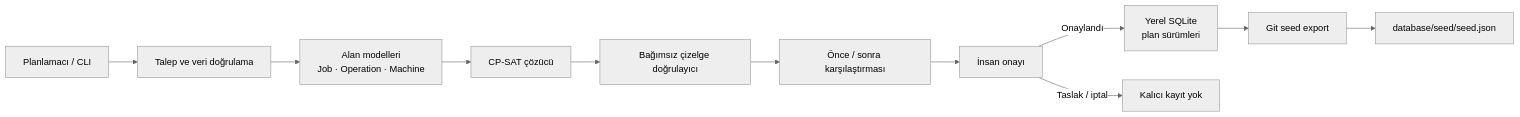
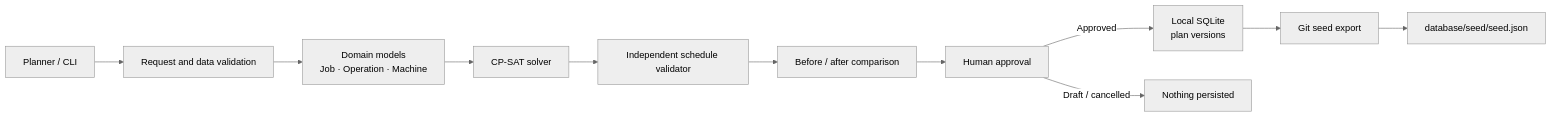
Before and after one commit to atakhanyilmaz/PickWise: the third of 5 diagrams in README.md, drawn with Mermaid (neutral theme). The commit also changed other lines of this file, not shown here.

````diff
--- a/README.md
+++ b/README.md
@@ -151,13 +162,13 @@
 ```mermaid
 flowchart LR
-    U["Planlamacı / CLI"] --> I["Talep ve veri doğrulama"]
-    I --> D["Alan modelleri<br/>Job · Operation · Machine"]
-    D --> S["CP-SAT çözücü"]
-    S --> V["Bağımsız çizelge doğrulayıcı"]
-    V --> C["Önce / sonra karşılaştırması"]
-    C --> A["İnsan onayı"]
-    A -->|"Onaylandı"| R["Yerel SQLite<br/>plan sürümleri"]
-    A -->|"Taslak / iptal"| X["Kalıcı kayıt yok"]
+    U["Planner / CLI"] --> I["Request and data validation"]
+    I --> D["Domain models<br/>Job · Operation · Machine"]
+    D --> S["CP-SAT solver"]
+    S --> V["Independent schedule validator"]
+    V --> C["Before / after comparison"]
+    C --> A["Human approval"]
+    A -->|"Approved"| R["Local SQLite<br/>plan versions"]
+    A -->|"Draft / cancelled"| X["Nothing persisted"]
     R --> E["Git seed export"]
     E --> G["database/seed/seed.json"]
 ```
````
